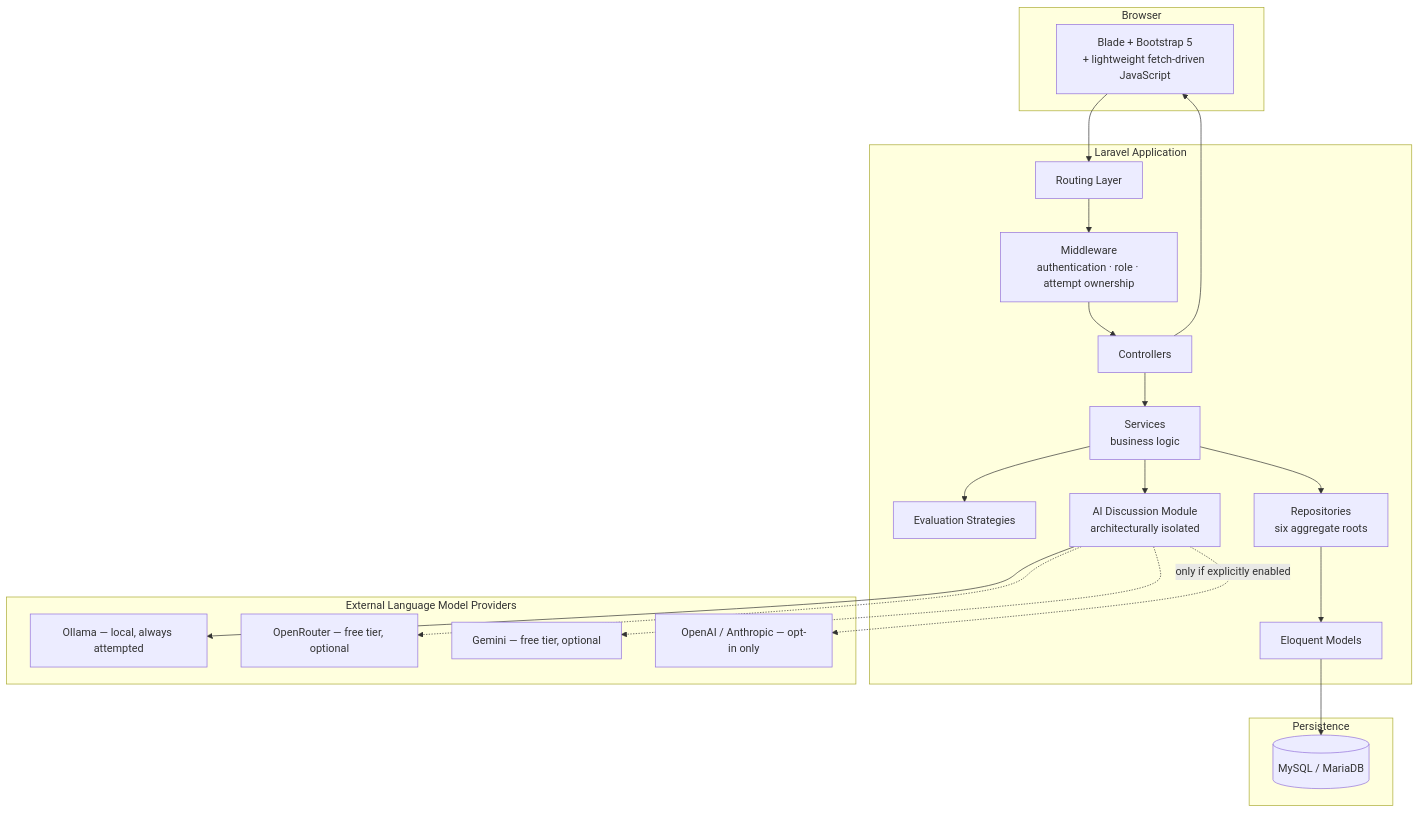
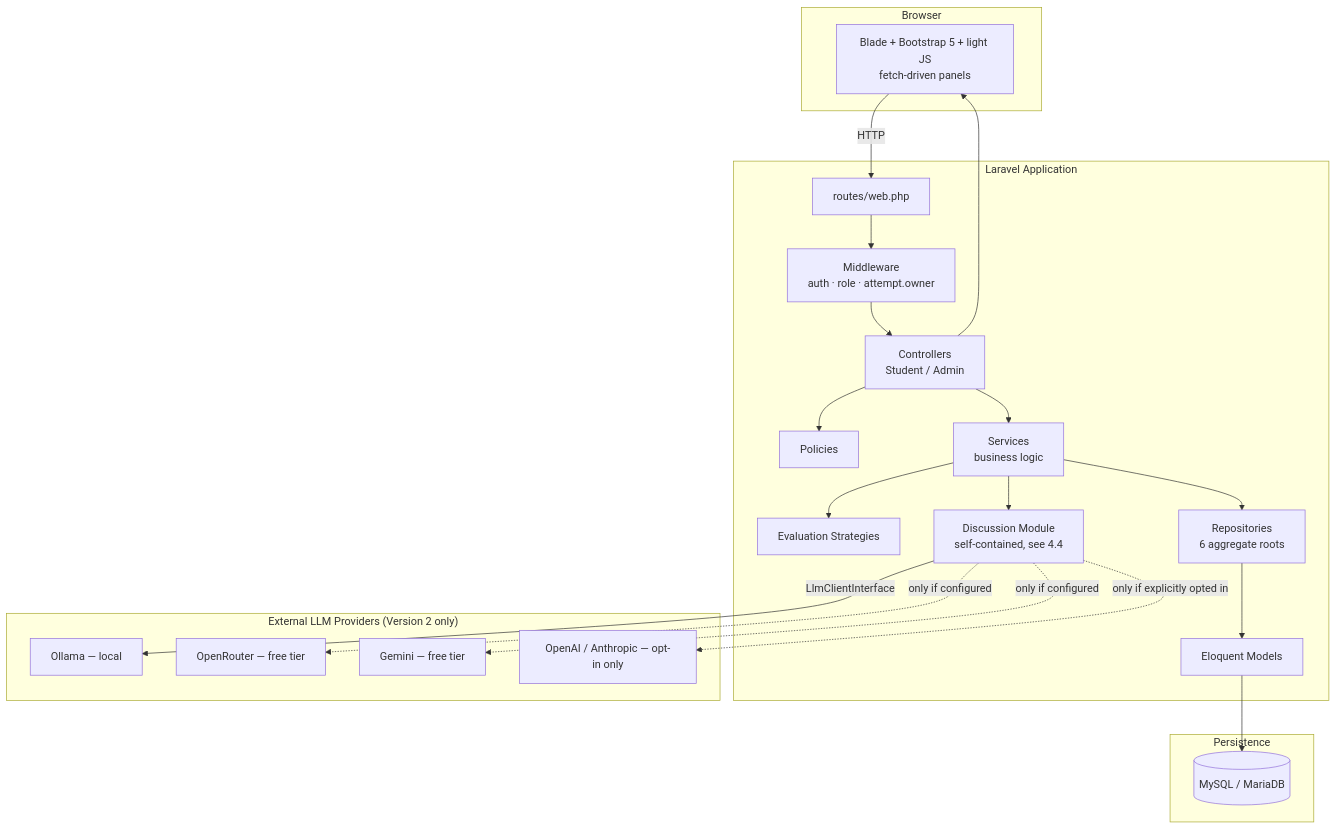
One commit to xcsi/AI-CaseLab changed the first of 12 diagrams in docs/AI-CaseLab-Final-Project-Report.md. Above: the diagram before and after it, drawn with Mermaid. The commit also changed other lines of this file and 5 other files, not shown here.

First line of the commit message:
docs(report): fix Figure 4.1/8.1 layout and blank page before Appendix C

````diff
--- a/docs/AI-CaseLab-Final-Project-Report.md
+++ b/docs/AI-CaseLab-Final-Project-Report.md
@@ -160,34 +552,41 @@
 ```mermaid
 flowchart TB
     subgraph Client["Browser"]
-        UI[Blade + Bootstrap 5<br/>+ lightweight fetch-driven JavaScript]
+        UI[Blade + Bootstrap 5 + light JS<br/>fetch-driven panels]
     end
-    subgraph App["Laravel Application"]
-        Routes[Routing Layer]
-        MW[Middleware<br/>authentication · role · attempt ownership]
-        Ctrl[Controllers]
-        Svc[Services<br/>business logic]
+
+    subgraph Web["Laravel Application"]
+        Routes[routes/web.php]
+        MW[Middleware<br/>auth · role · attempt.owner]
+        Ctrl[Controllers<br/>Student / Admin]
+        Policies[Policies]
+        Services[Services<br/>business logic]
         Eval[Evaluation Strategies]
-        Repo[Repositories<br/>six aggregate roots]
-        AI[AI Discussion Module<br/>architecturally isolated]
+        Repo[Repositories<br/>6 aggregate roots]
+        Discussion[Discussion Module<br/>self-contained, see 4.4]
         Models[Eloquent Models]
     end
+
     subgraph Data["Persistence"]
         DB[(MySQL / MariaDB)]
     end
-    subgraph Providers["External Language Model Providers"]
-        Local[Ollama — local, always attempted]
-        Free1[OpenRouter — free tier, optional]
-        Free2[Gemini — free tier, optional]
+
+    subgraph External["External LLM Providers (Version 2 only)"]
+        Ollama[Ollama — local]
+        OpenRouter[OpenRouter — free tier]
+        Gemini[Gemini — free tier]
         Paid[OpenAI / Anthropic — opt-in only]
     end
-    UI --> Routes --> MW --> Ctrl
-    Ctrl --> Svc --> Eval
-    Svc --> Repo --> Models --> DB
-    Svc --> AI
-    AI --> Local
-    AI -.-> Free1
-    AI -.-> Free2
-    AI -.->|only if explicitly enabled| Paid
+
+    UI -->|HTTP| Routes --> MW --> Ctrl
+    Ctrl --> Policies
+    Ctrl --> Services
+    Services --> Eval
+    Services --> Repo --> Models --> DB
+    Services --> Discussion
+    Discussion -->|LlmClientInterface| Ollama
+    Discussion -.->|only if configured| OpenRouter
+    Discussion -.->|only if configured| Gemini
+    Discussion -.->|only if explicitly opted in| Paid
     Ctrl --> UI
 ```
````
